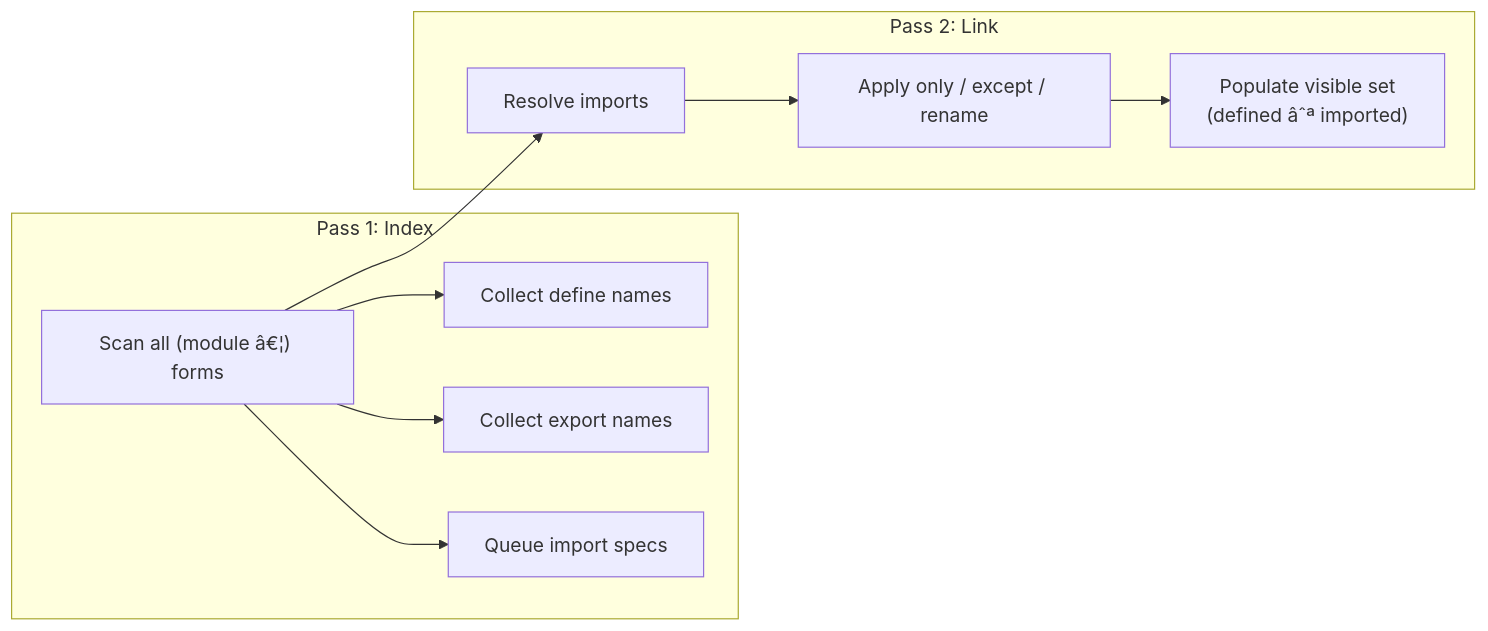
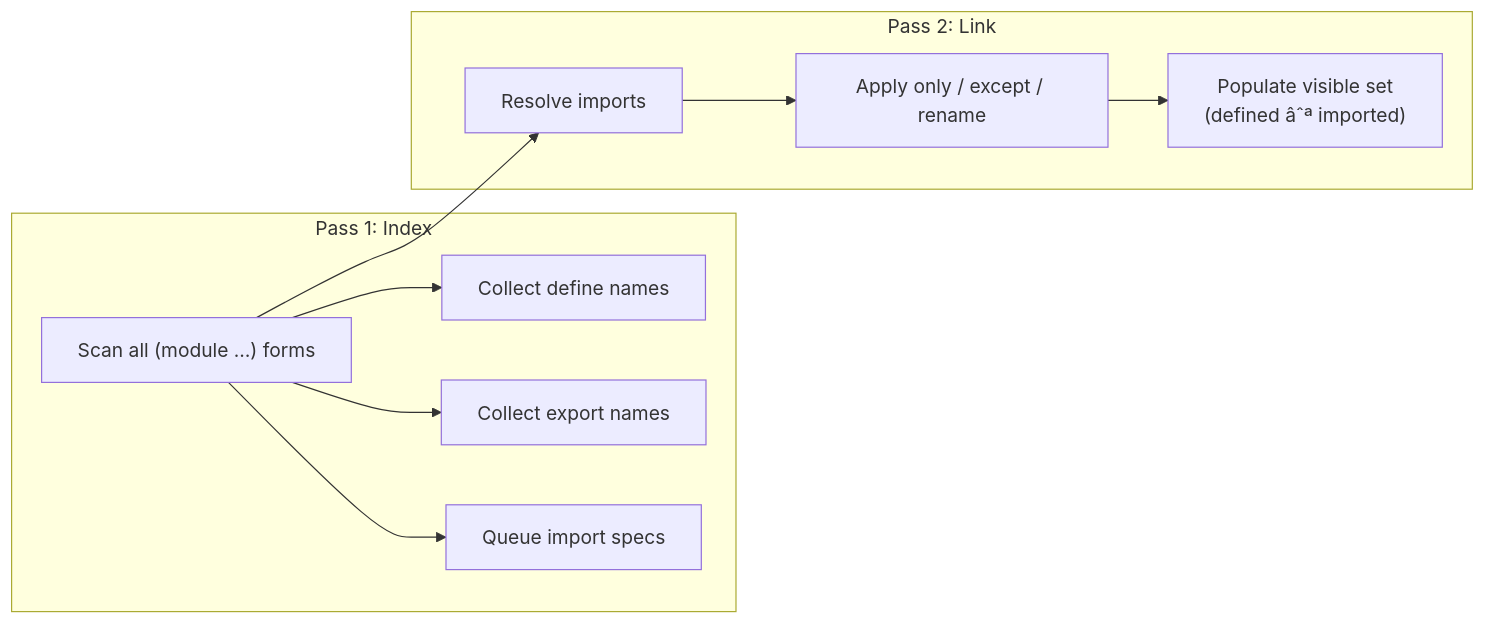
Before and after one commit to lewismj/eta: the first of 2 diagrams in docs/modules.md, drawn with Mermaid. The commit also changed other lines of this file and 8 other files, not shown here.

````diff
--- a/docs/modules.md
+++ b/docs/modules.md
@@ -55,17 +55,17 @@
 ```mermaid
 flowchart LR
     subgraph "Pass 1: Index"
-        SCAN["Scan all (module â€¦) forms"]
+        SCAN["Scan all (module …) forms"]
         SCAN --> DEF["Collect define names"]
         SCAN --> EXP["Collect export names"]
         SCAN --> IMP["Queue import specs"]
     end
 
     subgraph "Pass 2: Link"
         RES["Resolve imports"]
         RES --> FILT["Apply only / except / rename"]
         FILT --> VIS["Populate visible set\n(defined âˆª imported)"]
     end
 
     SCAN --> RES
 ```
````
